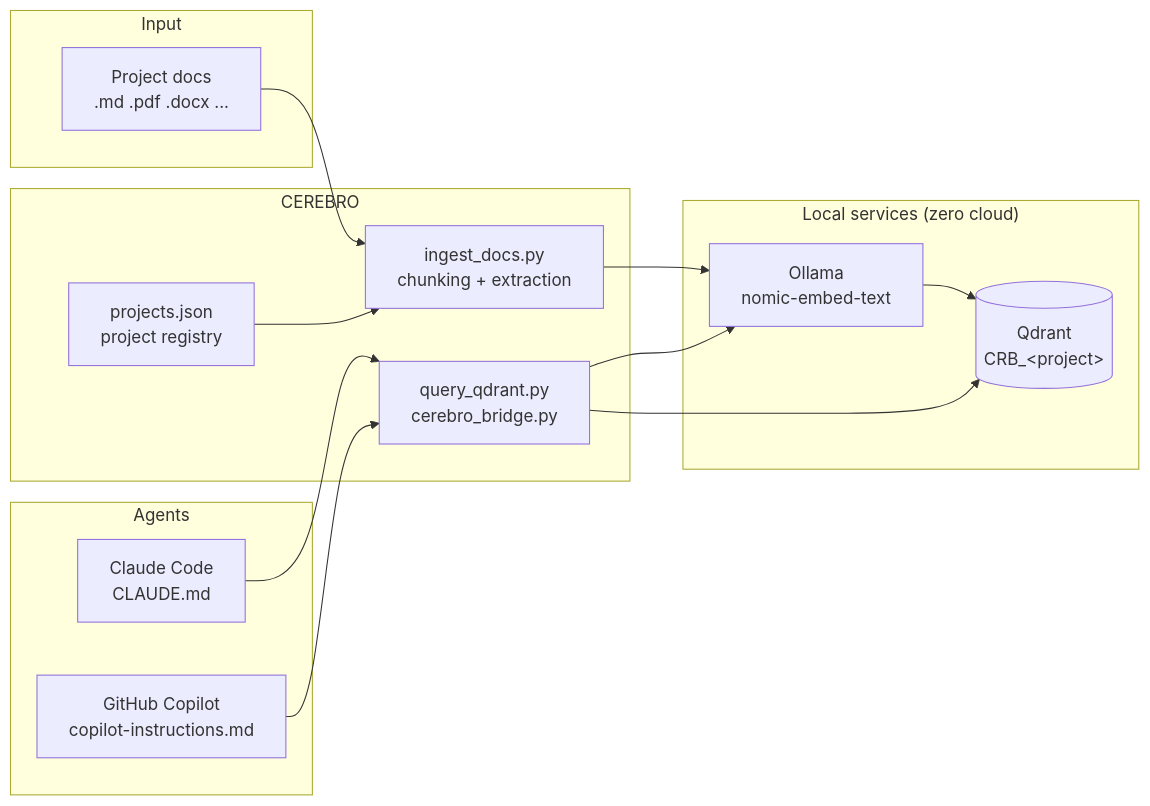
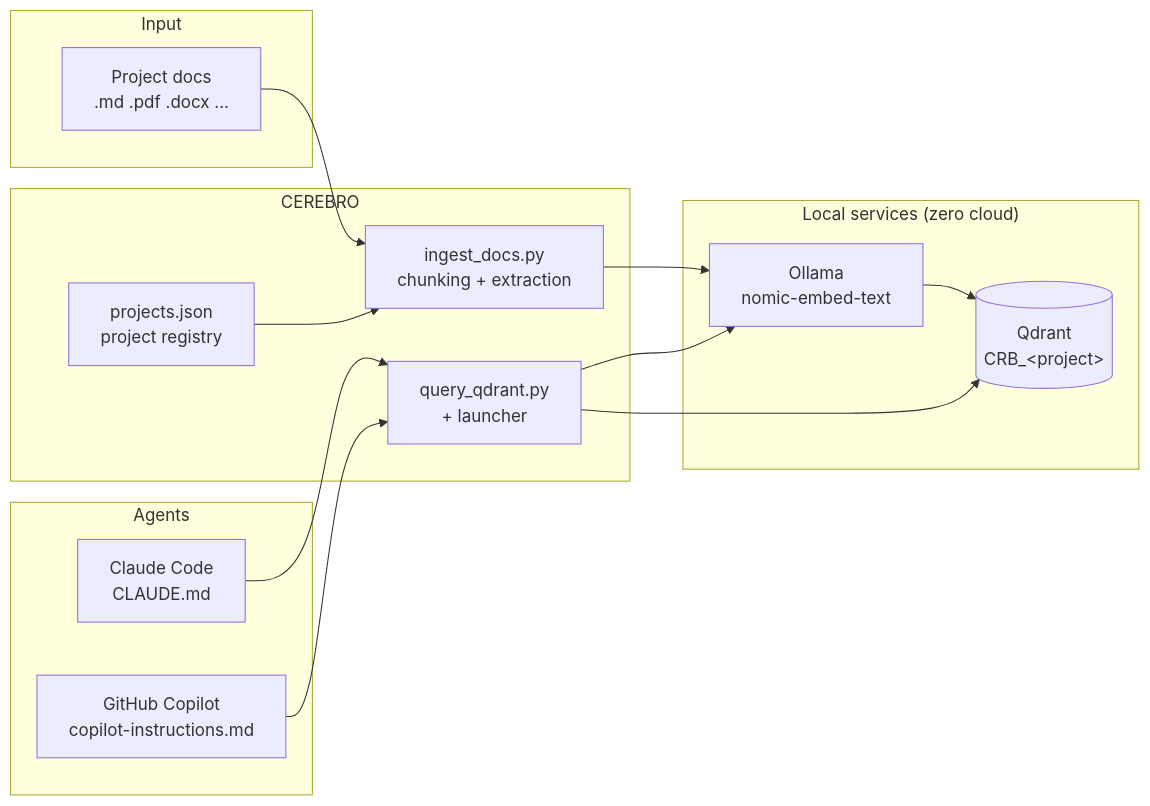
One commit to odyssey2073/cerebro changed the diagram in README.md. Above: the diagram before and after it, drawn with Mermaid. The commit also changed other lines of this file and 5 other files, not shown here.

First line of the commit message:
Unify CEREBRO with a web SPA launcher

````diff
--- a/README.md
+++ b/README.md
@@ -30,29 +30,29 @@
 ```mermaid
 flowchart LR
     subgraph Input
         D[Project docs<br>.md .pdf .docx ...]
     end
 
     subgraph CEREBRO
         I[ingest_docs.py<br>chunking + extraction]
         R[projects.json<br>project registry]
-        Q[query_qdrant.py<br>cerebro_bridge.py]
+        Q[query_qdrant.py<br>+ launcher]
     end
 
     subgraph Local["Local services (zero cloud)"]
         O[Ollama<br>nomic-embed-text]
         V[(Qdrant<br>CRB_&lt;project&gt;)]
     end
 
     subgraph Agents
         C[Claude Code<br>CLAUDE.md]
         G[GitHub Copilot<br>copilot-instructions.md]
     end
 
     D --> I --> O --> V
     R --> I
     C --> Q
     G --> Q
     Q --> O
     Q --> V
 ```
````
